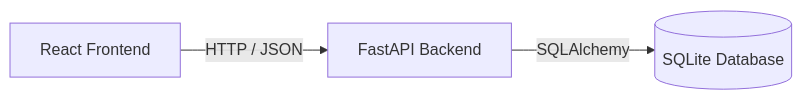
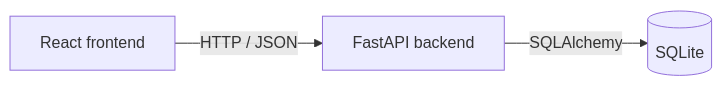
Before and after one commit to Soyamo/community-events-platform: the diagram in README.md, drawn with Mermaid. The commit also changed other lines of this file and 2 other files, not shown here.

Commit message:
style: polish frontend presentation

````diff
--- a/README.md
+++ b/README.md
@@ -54,9 +22,5 @@
 ```mermaid
 flowchart LR
-    UI[React Frontend]
-    API[FastAPI Backend]
-    DB[(SQLite Database)]
-
-    UI -->|HTTP / JSON| API
-    API -->|SQLAlchemy| DB
+    UI[React frontend] -->|HTTP / JSON| API[FastAPI backend]
+    API -->|SQLAlchemy| DB[(SQLite)]
 ```
````
